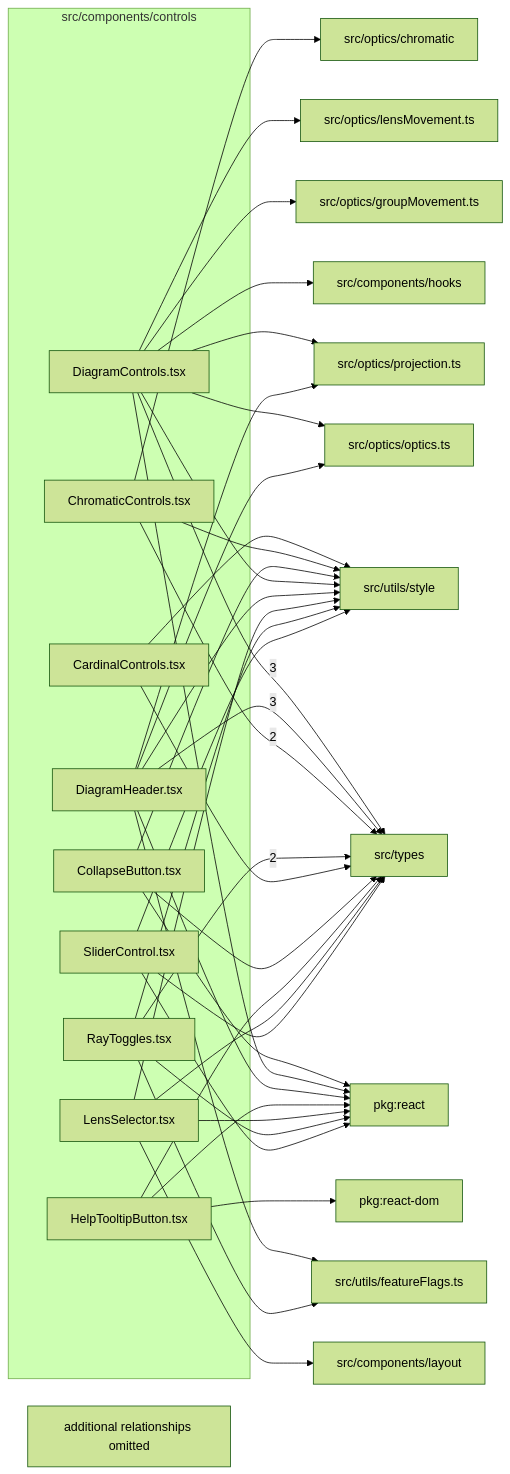
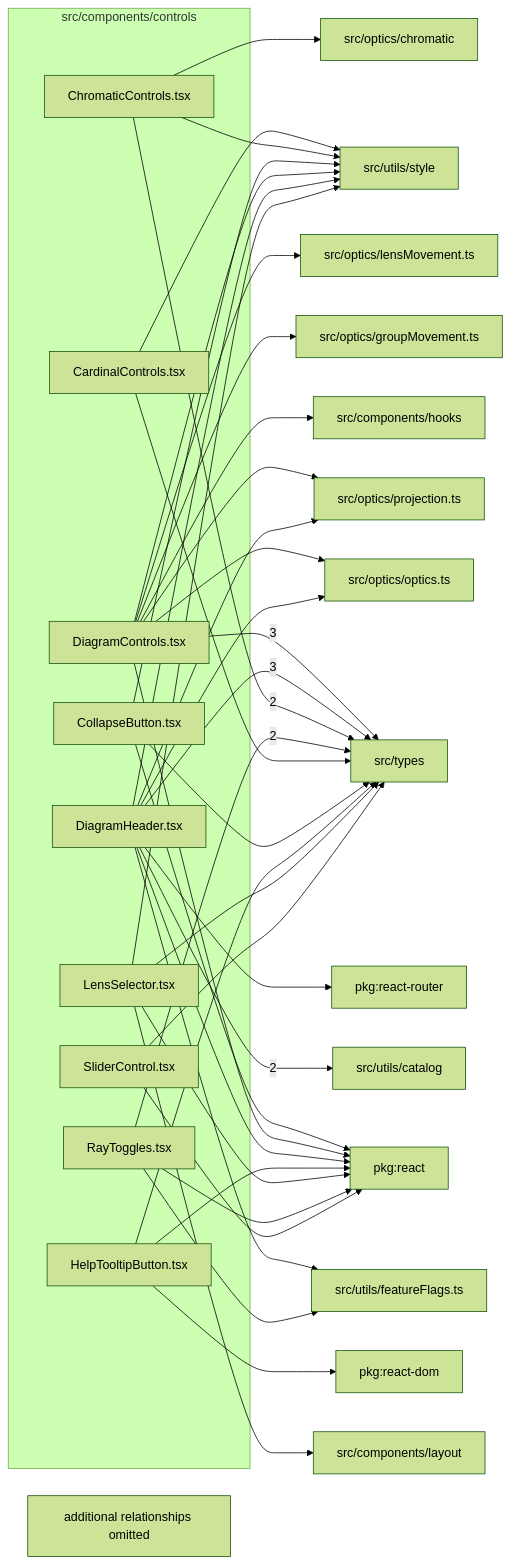
One commit to ronbuening/LensVisualizer changed the diagram in src/components/controls/readme.md. Above: the diagram before and after it, drawn with Mermaid (forest theme). The commit also changed other lines of this file and 38 other files, not shown here.

````diff
--- a/src/components/controls/readme.md
+++ b/src/components/controls/readme.md
@@ -9,63 +9,65 @@
 ```mermaid
 flowchart LR
   subgraph n_src_components_controls["src/components/controls"]
     n_src_components_controls_src_components_controls_CardinalControls_tsx["CardinalControls.tsx"]
     n_src_components_controls_src_components_controls_ChromaticControls_tsx["ChromaticControls.tsx"]
     n_src_components_controls_src_components_controls_CollapseButton_tsx["CollapseButton.tsx"]
     n_src_components_controls_src_components_controls_DiagramControls_tsx["DiagramControls.tsx"]
     n_src_components_controls_src_components_controls_DiagramHeader_tsx["DiagramHeader.tsx"]
     n_src_components_controls_src_components_controls_HelpTooltipButton_tsx["HelpTooltipButton.tsx"]
     n_src_components_controls_src_components_controls_LensSelector_tsx["LensSelector.tsx"]
     n_src_components_controls_src_components_controls_RayToggles_tsx["RayToggles.tsx"]
     n_src_components_controls_src_components_controls_SliderControl_tsx["SliderControl.tsx"]
   end
   n_external_src_types["src/types"]
+  n_external_src_utils_catalog["src/utils/catalog"]
   n_external_pkg_react["pkg:react"]
   n_external_pkg_react_dom["pkg:react-dom"]
+  n_external_pkg_react_router["pkg:react-router"]
   n_external_src_components_hooks["src/components/hooks"]
   n_external_src_components_layout["src/components/layout"]
   n_external_src_optics_chromatic["src/optics/chromatic"]
   n_external_src_optics_groupMovement_ts["src/optics/groupMovement.ts"]
   n_external_src_optics_lensMovement_ts["src/optics/lensMovement.ts"]
   n_external_src_optics_optics_ts["src/optics/optics.ts"]
   n_external_src_optics_projection_ts["src/optics/projection.ts"]
   n_external_src_utils_featureFlags_ts["src/utils/featureFlags.ts"]
   n_external_src_utils_style["src/utils/style"]
   n_src_components_controls_src_components_controls_DiagramControls_tsx --> |3| n_external_src_types
   n_src_components_controls_src_components_controls_DiagramHeader_tsx --> |3| n_external_src_types
   n_src_components_controls_src_components_controls_ChromaticControls_tsx --> |2| n_external_src_types
   n_src_components_controls_src_components_controls_RayToggles_tsx --> |2| n_external_src_types
+  n_src_components_controls_src_components_controls_DiagramHeader_tsx --> |2| n_external_src_utils_catalog
   n_src_components_controls_src_components_controls_CollapseButton_tsx --> n_external_pkg_react
   n_src_components_controls_src_components_controls_DiagramControls_tsx --> n_external_pkg_react
   n_src_components_controls_src_components_controls_DiagramHeader_tsx --> n_external_pkg_react
   n_src_components_controls_src_components_controls_HelpTooltipButton_tsx --> n_external_pkg_react
   n_src_components_controls_src_components_controls_LensSelector_tsx --> n_external_pkg_react
   n_src_components_controls_src_components_controls_RayToggles_tsx --> n_external_pkg_react
   n_src_components_controls_src_components_controls_SliderControl_tsx --> n_external_pkg_react
   n_src_components_controls_src_components_controls_HelpTooltipButton_tsx --> n_external_pkg_react_dom
+  n_src_components_controls_src_components_controls_DiagramHeader_tsx --> n_external_pkg_react_router
   n_src_components_controls_src_components_controls_DiagramControls_tsx --> n_external_src_components_hooks
   n_src_components_controls_src_components_controls_LensSelector_tsx --> n_external_src_components_layout
   n_src_components_controls_src_components_controls_ChromaticControls_tsx --> n_external_src_optics_chromatic
   n_src_components_controls_src_components_controls_DiagramControls_tsx --> n_external_src_optics_groupMovement_ts
   n_src_components_controls_src_components_controls_DiagramControls_tsx --> n_external_src_optics_lensMovement_ts
   n_src_components_controls_src_components_controls_DiagramControls_tsx --> n_external_src_optics_optics_ts
   n_src_components_controls_src_components_controls_DiagramHeader_tsx --> n_external_src_optics_optics_ts
   n_src_components_controls_src_components_controls_DiagramControls_tsx --> n_external_src_optics_projection_ts
   n_src_components_controls_src_components_controls_DiagramHeader_tsx --> n_external_src_optics_projection_ts
   n_src_components_controls_src_components_controls_CardinalControls_tsx --> n_external_src_types
   n_src_components_controls_src_components_controls_CollapseButton_tsx --> n_external_src_types
   n_src_components_controls_src_components_controls_HelpTooltipButton_tsx --> n_external_src_types
   n_src_components_controls_src_components_controls_LensSelector_tsx --> n_external_src_types
   n_src_components_controls_src_components_controls_SliderControl_tsx --> n_external_src_types
   n_src_components_controls_src_components_controls_DiagramHeader_tsx --> n_external_src_utils_featureFlags_ts
   n_src_components_controls_src_components_controls_RayToggles_tsx --> n_external_src_utils_featureFlags_ts
   n_src_components_controls_src_components_controls_CardinalControls_tsx --> n_external_src_utils_style
   n_src_components_controls_src_components_controls_ChromaticControls_tsx --> n_external_src_utils_style
   n_src_components_controls_src_components_controls_CollapseButton_tsx --> n_external_src_utils_style
   n_src_components_controls_src_components_controls_DiagramControls_tsx --> n_external_src_utils_style
   n_src_components_controls_src_components_controls_DiagramHeader_tsx --> n_external_src_utils_style
   n_src_components_controls_src_components_controls_LensSelector_tsx --> n_external_src_utils_style
-  n_src_components_controls_src_components_controls_RayToggles_tsx --> n_external_src_utils_style
-  n_src_components_controls_src_components_controls_SliderControl_tsx --> n_external_src_utils_style
   n_src_components_controls_truncated["additional relationships omitted"]
 ```
````
